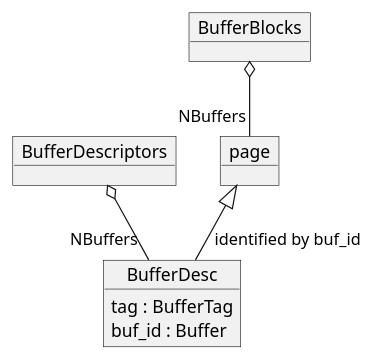
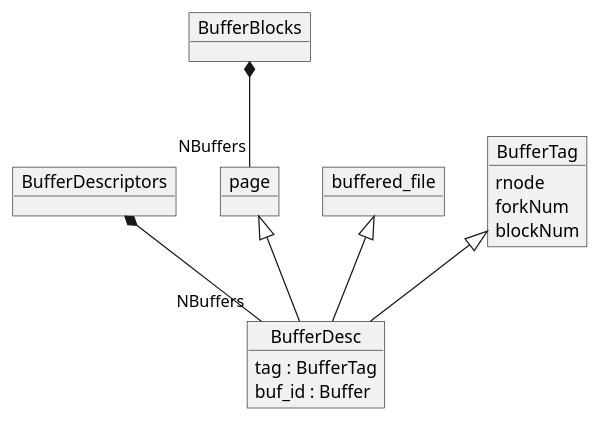
One commit to zyake/postgres_analysis changed the diagram in buffer_relationships.puml. Above: the diagram before and after it, drawn with PlantUML. The commit also changed 1 other file, not shown here.

```diff
--- a/buffer_relationships.puml
+++ b/buffer_relationships.puml
@@ -1,15 +1,22 @@
 @startuml
-
 object BufferDesc
 BufferDesc : tag : BufferTag
 BufferDesc : buf_id : Buffer
 object BufferDescriptors
 
 object BufferBlocks
 object page
 
-BufferDescriptors o-- "NBuffers" BufferDesc
-page <|-- "identified by buf_id" BufferDesc
-BufferBlocks o-- "NBuffers" page
+object buffered_file
 
+object BufferTag
+BufferTag : rnode
+BufferTag : forkNum
+BufferTag : blockNum
+
+BufferDescriptors *-- "NBuffers" BufferDesc
+page <|-- BufferDesc
+BufferBlocks *-- "NBuffers" page
+buffered_file <|-- BufferDesc
+BufferTag <|-- BufferDesc
 @enduml
```
